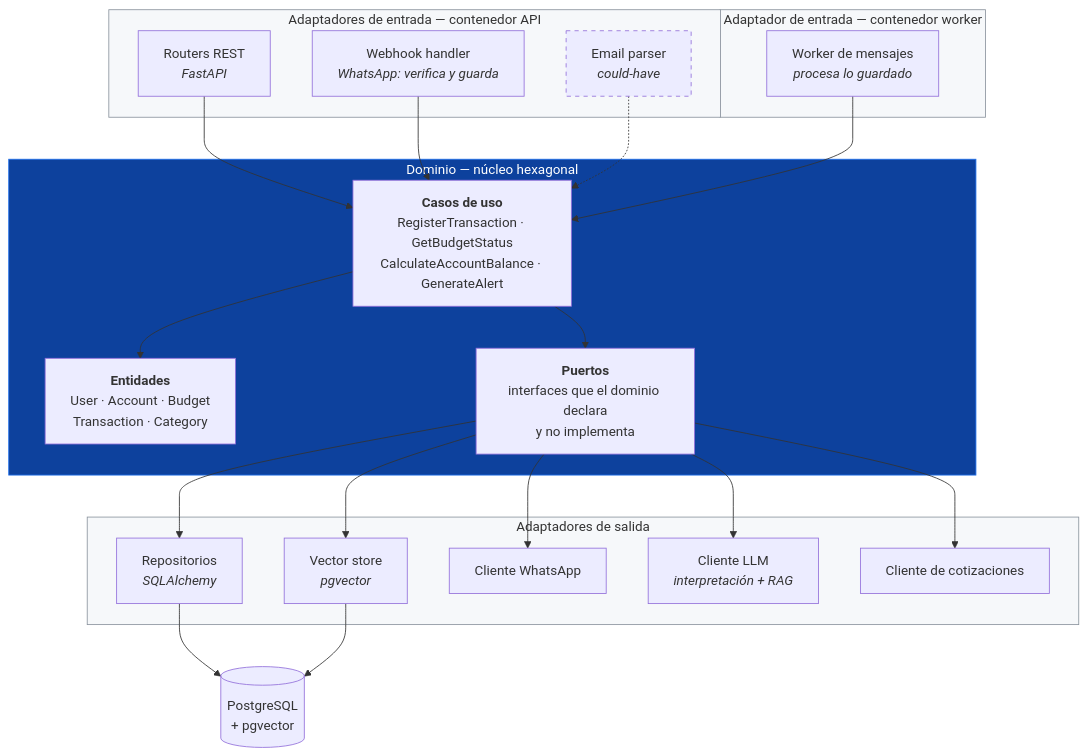
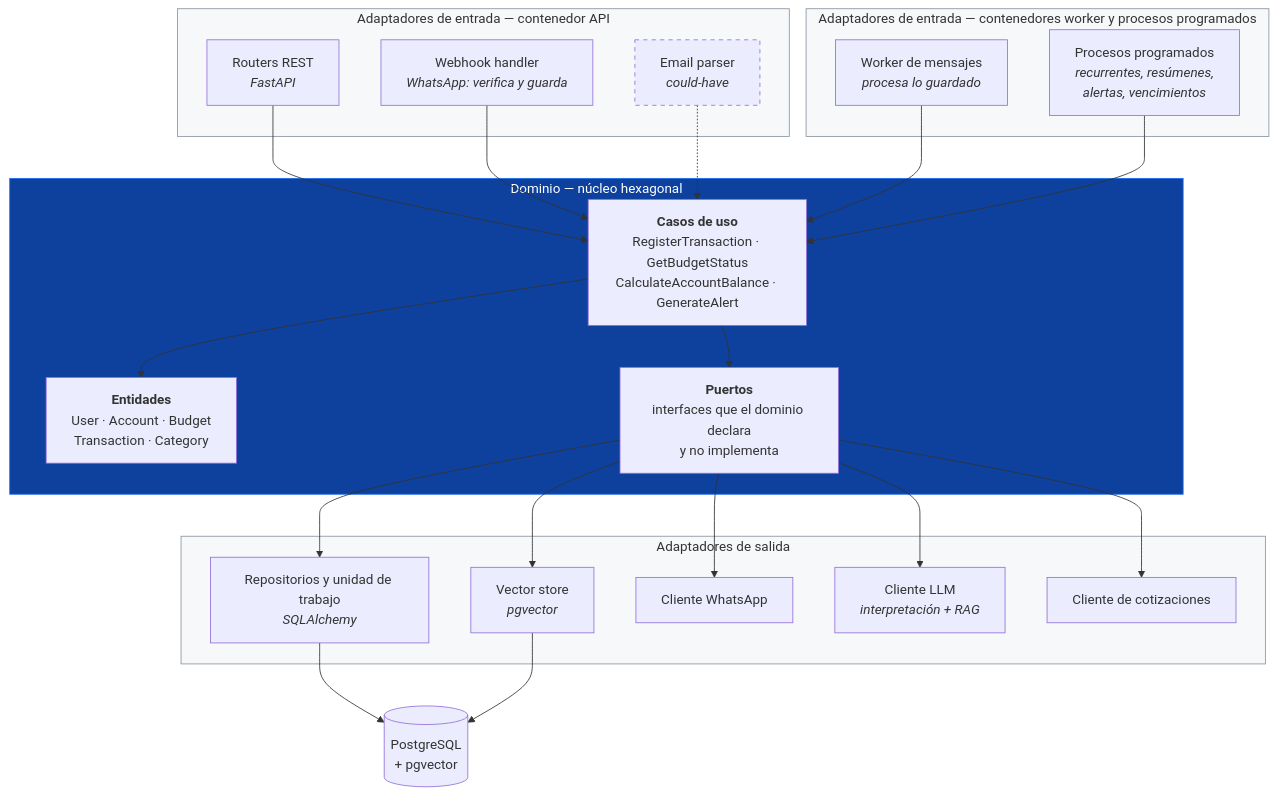
Before and after one commit to verozacarias-prog/AI4Devs-finalproject: the third of 4 diagrams in docs/02-arquitectura.md, drawn with Mermaid. The commit also changed other lines of this file and 17 other files, not shown here.

````diff
--- a/docs/02-arquitectura.md
+++ b/docs/02-arquitectura.md
@@ -79,46 +81,48 @@
 ```mermaid
 flowchart TB
     subgraph INBOUND["Adaptadores de entrada — contenedor API"]
         ROUTERS["Routers REST<br/><i>FastAPI</i>"]
         HOOK["Webhook handler<br/><i>WhatsApp: verifica y guarda</i>"]
         PARSE["Email parser<br/><i>could-have</i>"]
     end
 
-    subgraph WORKERBOX["Adaptador de entrada — contenedor worker"]
+    subgraph WORKERBOX["Adaptadores de entrada — contenedores worker y procesos programados"]
         MSGWK["Worker de mensajes<br/><i>procesa lo guardado</i>"]
+        SCHED["Procesos programados<br/><i>recurrentes, resúmenes,<br/>alertas, vencimientos</i>"]
     end
 
     subgraph DOMAIN["Dominio — núcleo hexagonal"]
         UC["<b>Casos de uso</b><br/>RegisterTransaction · GetBudgetStatus<br/>CalculateAccountBalance · GenerateAlert"]
         ENT["<b>Entidades</b><br/>User · Account · Budget<br/>Transaction · Category"]
         PORTS["<b>Puertos</b><br/>interfaces que el dominio declara<br/>y no implementa"]
     end
 
     subgraph OUTBOUND["Adaptadores de salida"]
-        REPO["Repositorios<br/><i>SQLAlchemy</i>"]
+        REPO["Repositorios y unidad de trabajo<br/><i>SQLAlchemy</i>"]
         VECADAPT["Vector store<br/><i>pgvector</i>"]
         WACLIENT["Cliente WhatsApp"]
         LLMCLIENT["Cliente LLM<br/><i>interpretación + RAG</i>"]
         FXCLIENT["Cliente de cotizaciones"]
     end
 
     DB[("PostgreSQL<br/>+ pgvector")]
 
     ROUTERS --> UC
     HOOK --> UC
     MSGWK --> UC
+    SCHED --> UC
     PARSE -.-> UC
     UC --> ENT
     UC --> PORTS
     PORTS --> REPO --> DB
     PORTS --> VECADAPT --> DB
     PORTS --> WACLIENT
     PORTS --> LLMCLIENT
     PORTS --> FXCLIENT
 
     style DOMAIN fill:#0d419d,stroke:#1f6feb,color:#fff
     style INBOUND fill:#f6f8fa,stroke:#8b949e
     style WORKERBOX fill:#f6f8fa,stroke:#8b949e
     style OUTBOUND fill:#f6f8fa,stroke:#8b949e
     style PARSE stroke-dasharray: 5 5
 ```
````
